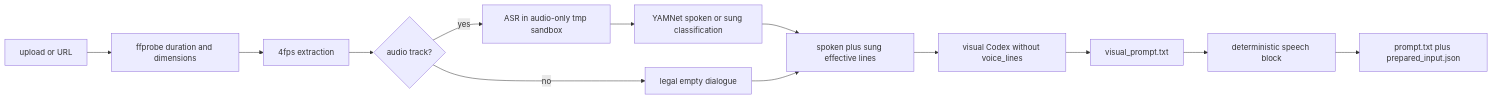
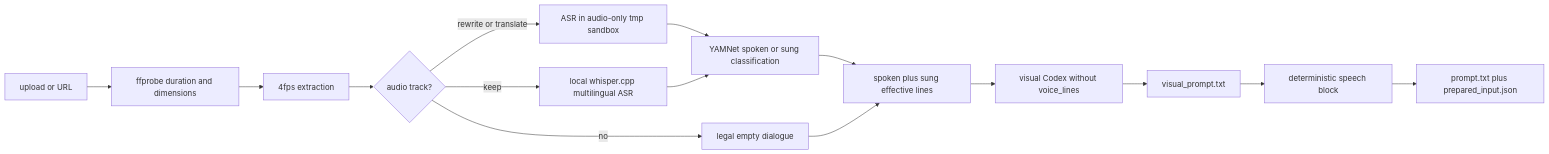
The second of 3 diagrams in docs/agent/architecture/architecture.md (xy-plus/duet-ad), drawn with Mermaid before and after one commit. The commit also changed other lines of this file and 19 other files, not shown here.

Commit message:
feat: add multilingual ASR and explicit IR review

````diff
--- a/docs/agent/architecture/architecture.md
+++ b/docs/agent/architecture/architecture.md
@@ -48,15 +48,17 @@
 ```mermaid
 flowchart LR
   A[upload or URL] --> B[ffprobe duration and dimensions]
   B --> C[4fps extraction]
   C --> D{audio track?}
-  D -->|yes| E[ASR in audio-only tmp sandbox]
+  D -->|keep| E[local whisper.cpp multilingual ASR]
+  D -->|rewrite or translate| E2[ASR in audio-only tmp sandbox]
+  E2 --> Y
   E --> Y[YAMNet spoken or sung classification]
   D -->|no| F[legal empty dialogue]
   Y --> G[spoken plus sung effective lines]
   F --> G
   G --> H[visual Codex without voice_lines]
   H --> I[visual_prompt.txt]
   I --> J[deterministic speech block]
   J --> K[prompt.txt plus prepared_input.json]
 ```
````
